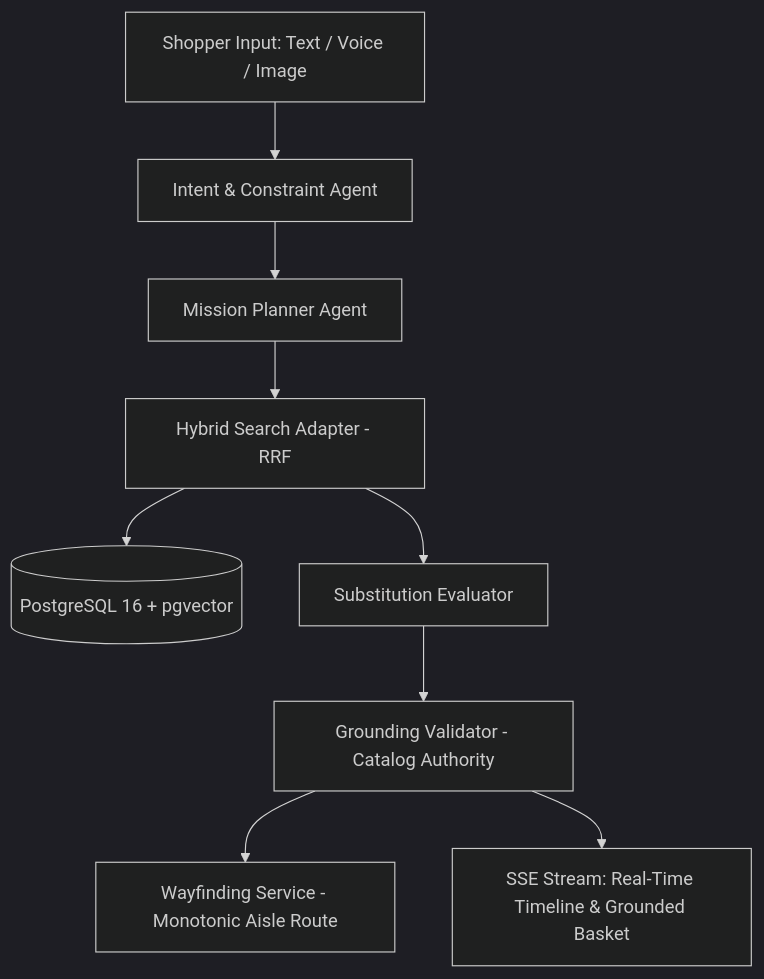
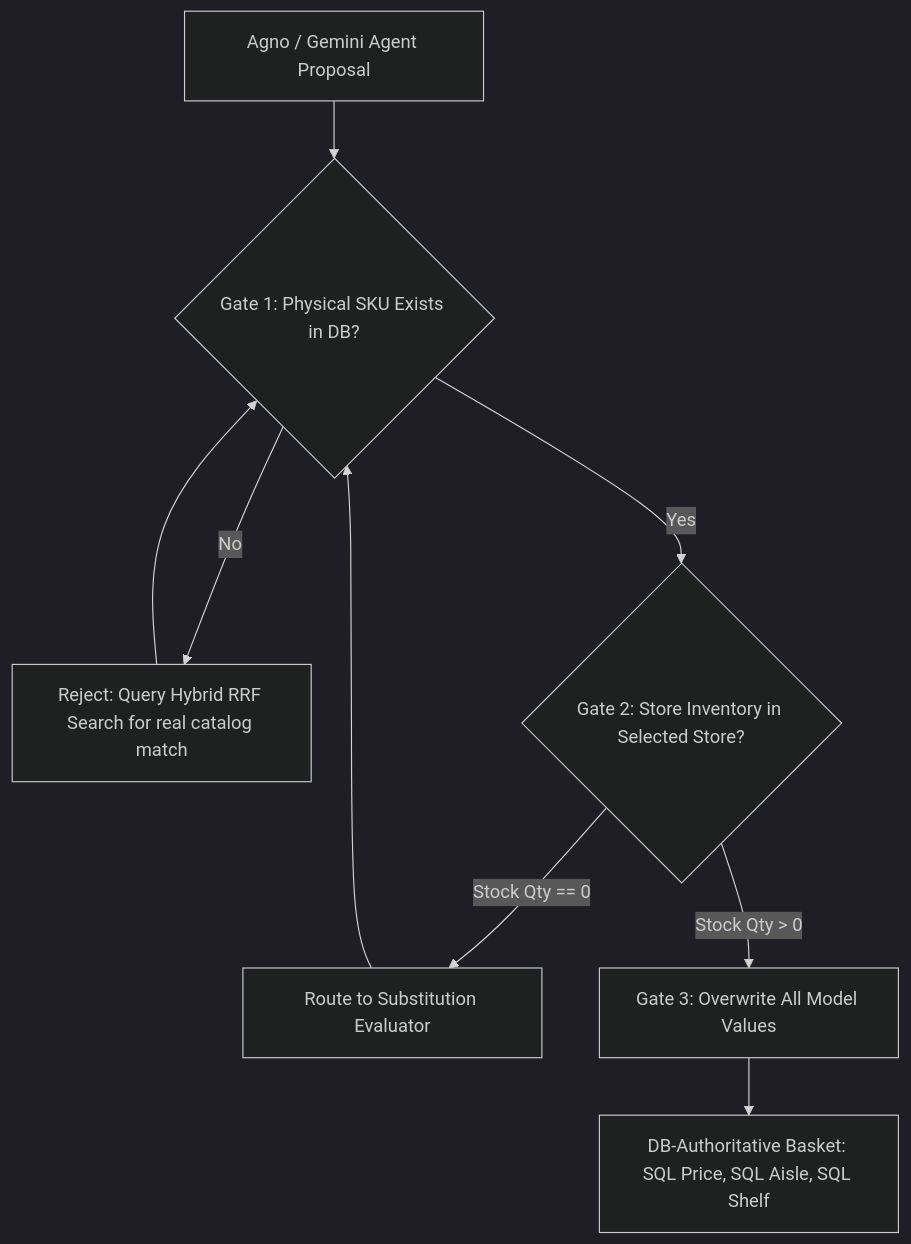
One commit to bhanushakya2004/OmniAgent changed the second of 2 diagrams in docs/AGENTS.md. Above: the diagram before and after it, drawn with Mermaid (dark theme). The commit also changed other lines of this file and 8 other files, not shown here.

First line of the commit message:
docs: add comprehensive system architecture, API, data model, and demo playbooks

````diff
--- a/docs/AGENTS.md
+++ b/docs/AGENTS.md
@@ -7,11 +125,11 @@
 ```mermaid
 flowchart TD
-    Prompt[Shopper Input: Text / Voice / Image] --> IntentAgent[Intent & Constraint Agent]
-    IntentAgent --> PlannerAgent[Mission Planner Agent]
-    PlannerAgent --> SearchAdapter[Hybrid Search Adapter - RRF]
-    SearchAdapter --> InventoryDB[(PostgreSQL 16 + pgvector)]
-    SearchAdapter --> SubEvaluator[Substitution Evaluator]
-    SubEvaluator --> GroundingValidator[Grounding Validator - Catalog Authority]
-    GroundingValidator --> WayfindingService[Wayfinding Service - Monotonic Aisle Route]
-    GroundingValidator --> Output[SSE Stream: Real-Time Timeline & Grounded Basket]
+    LLM[Agno / Gemini Agent Proposal] --> Gate1{Gate 1: Physical SKU Exists in DB?}
+    Gate1 -- No --> Reject1[Reject: Query Hybrid RRF Search for real catalog match]
+    Reject1 --> Gate1
+    Gate1 -- Yes --> Gate2{Gate 2: Store Inventory in Selected Store?}
+    Gate2 -- Stock Qty == 0 --> SubRoute[Route to Substitution Evaluator]
+    SubRoute --> Gate1
+    Gate2 -- Stock Qty > 0 --> Gate3[Gate 3: Overwrite All Model Values]
+    Gate3 --> FinalBasket[DB-Authoritative Basket: SQL Price, SQL Aisle, SQL Shelf]
 ```
````
